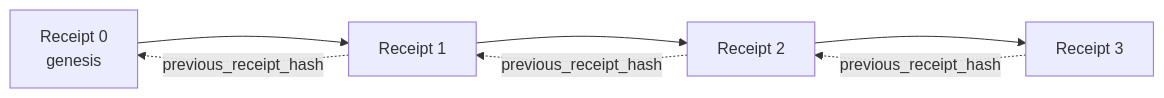
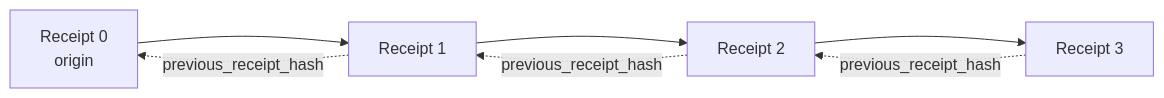
One commit to gabrielmoreira/agent-skills-mirror changed the second of 2 diagrams in mirrors/repos/microsoft@ai-agents-for-beginners/translations/pcm/18-securing-ai-agents/README.md. Above: the diagram before and after it, drawn with Mermaid. The commit also changed other lines of this file and 4482 other files, not shown here.

````diff
--- a/mirrors/repos/microsoft@ai-agents-for-beginners/translations/pcm/18-securing-ai-agents/README.md
+++ b/mirrors/repos/microsoft@ai-agents-for-beginners/translations/pcm/18-securing-ai-agents/README.md
@@ -206,9 +206,9 @@
 ```mermaid
 flowchart LR
-    R0[Receipt 0<br/>genesis] --> R1[Receipt 1]
+    R0[Receipt 0<br/>origin] --> R1[Receipt 1]
     R1 --> R2[Receipt 2]
     R2 --> R3[Receipt 3]
     R1 -. previous_receipt_hash .-> R0
     R2 -. previous_receipt_hash .-> R1
     R3 -. previous_receipt_hash .-> R2
 ```
````
